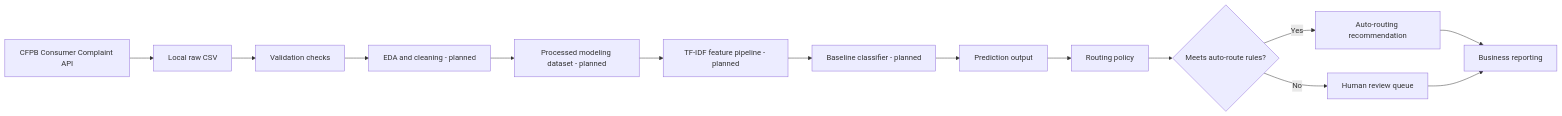
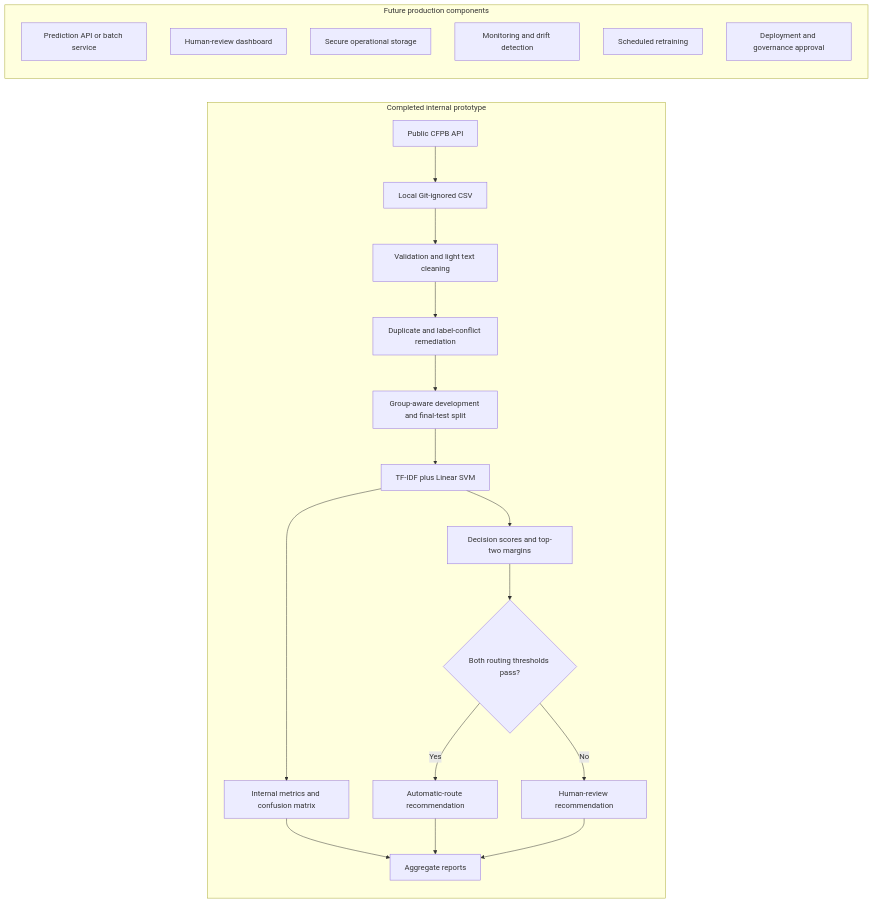
One commit to rihua-tech/financial-complaint-auto-routing-nlp changed the diagram in docs/system_design.md. Above: the diagram before and after it, drawn with Mermaid. The commit also changed other lines of this file and 6 other files, not shown here.

````diff
--- a/docs/system_design.md
+++ b/docs/system_design.md
@@ -17,16 +9,27 @@
 ```mermaid
 flowchart LR
-    A[CFPB Consumer Complaint API] --> B[Local raw CSV]
-    B --> C[Validation checks]
-    C --> D[EDA and cleaning - planned]
-    D --> E[Processed modeling dataset - planned]
-    E --> F[TF-IDF feature pipeline - planned]
-    F --> G[Baseline classifier - planned]
-    G --> H[Prediction output]
-    H --> I[Routing policy]
-    I --> J{Meets auto-route rules?}
-    J -->|Yes| K[Auto-routing recommendation]
-    J -->|No| L[Human review queue]
-    K --> M[Business reporting]
-    L --> M
+    subgraph Completed["Completed internal prototype"]
+        A[Public CFPB API] --> B[Local Git-ignored CSV]
+        B --> C[Validation and light text cleaning]
+        C --> D[Duplicate and label-conflict remediation]
+        D --> E[Group-aware development and final-test split]
+        E --> F[TF-IDF plus Linear SVM]
+        F --> G[Internal metrics and confusion matrix]
+        F --> H[Decision scores and top-two margins]
+        H --> I{Both routing thresholds pass?}
+        I -->|Yes| J[Automatic-route recommendation]
+        I -->|No| K[Human-review recommendation]
+        G --> L[Aggregate reports]
+        J --> L
+        K --> L
+    end
+
+    subgraph Future["Future production components"]
+        M[Prediction API or batch service]
+        N[Human-review dashboard]
+        O[Secure operational storage]
+        P[Monitoring and drift detection]
+        Q[Scheduled retraining]
+        R[Deployment and governance approval]
+    end
 ```
````
